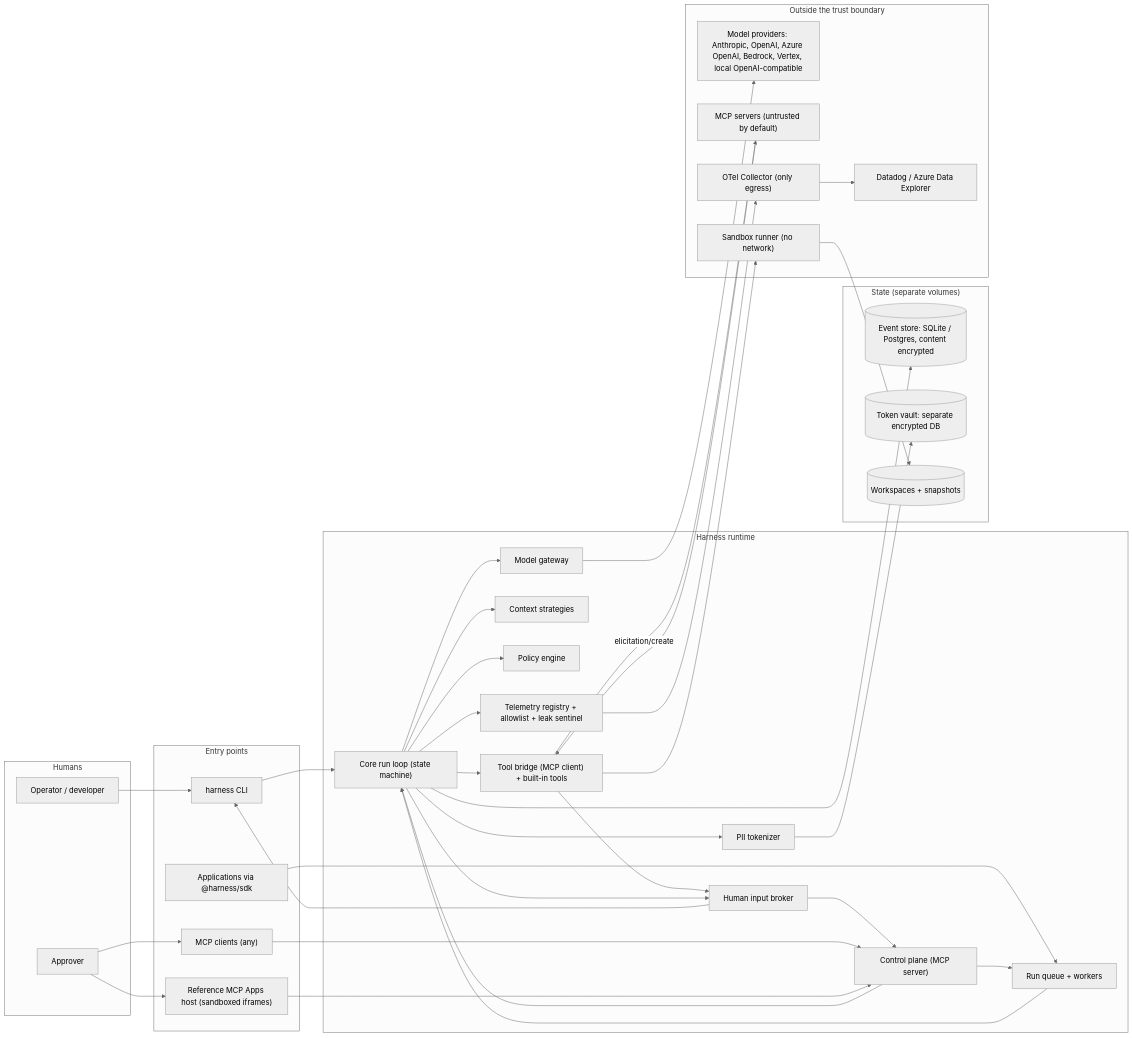
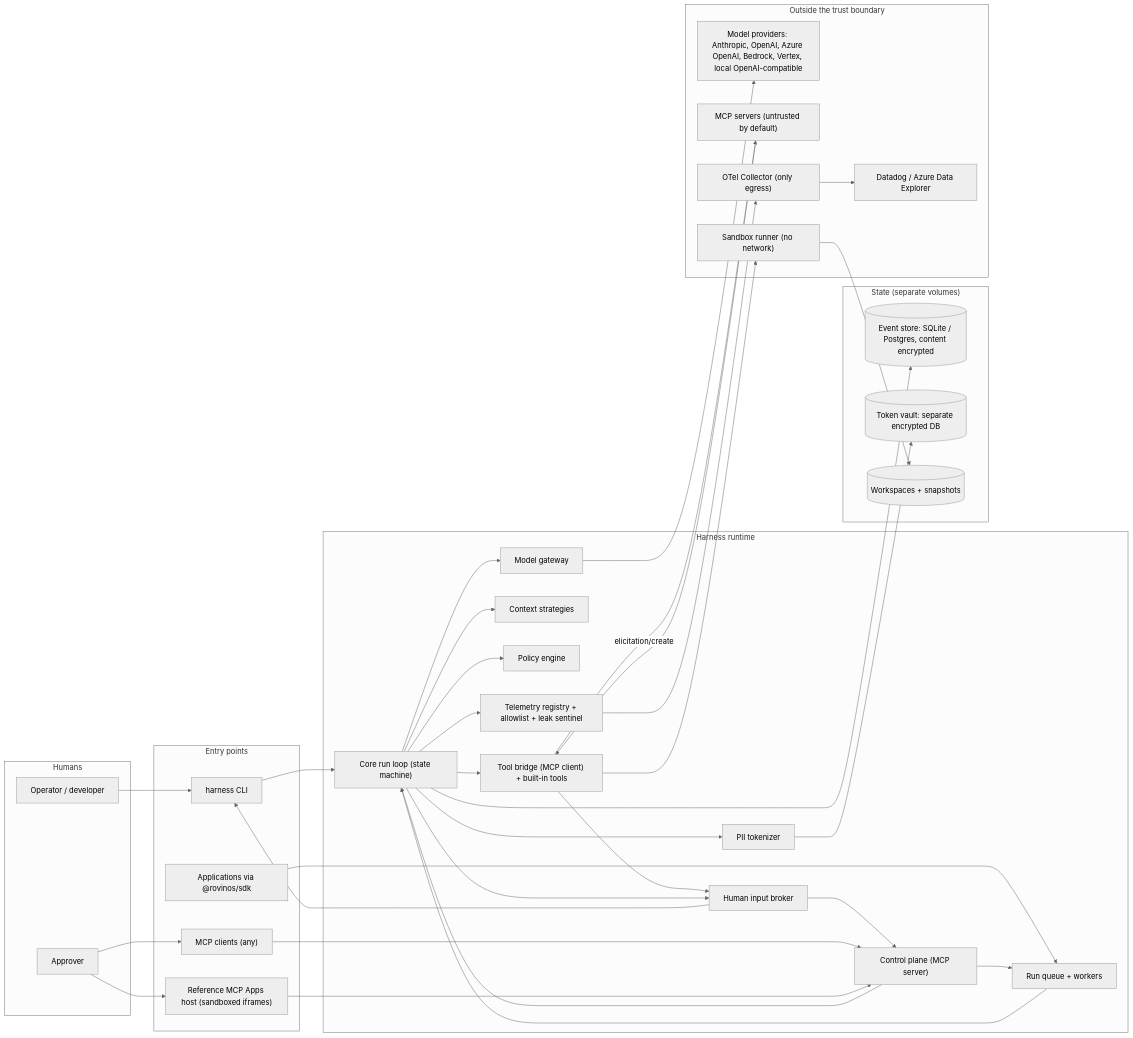
Before and after one commit to Rovinos-AI/rovinos-ai-harness: the first of 18 diagrams in README.md, drawn with Mermaid (neutral theme). The commit also changed other lines of this file and 852 other files, not shown here.

````diff
--- a/README.md
+++ b/README.md
@@ -80,71 +80,71 @@
 ```mermaid
 flowchart LR
   subgraph People["Humans"]
     OP["Operator / developer"]
     AP["Approver"]
   end
 
   subgraph Clients["Entry points"]
     CLI["harness CLI"]
-    SDKC["Applications via @harness/sdk"]
+    SDKC["Applications via @rovinos/sdk"]
     MCPC["MCP clients (any)"]
     HOST["Reference MCP Apps host (sandboxed iframes)"]
   end
 
   subgraph Runtime["Harness runtime"]
     CP["Control plane (MCP server)"]
     Q["Run queue + workers"]
     HIB["Human input broker"]
     CORE["Core run loop (state machine)"]
     GW["Model gateway"]
     CTX["Context strategies"]
     POL["Policy engine"]
     PII["PII tokenizer"]
     TOOLS["Tool bridge (MCP client) + built-in tools"]
     TEL["Telemetry registry + allowlist + leak sentinel"]
   end
 
   subgraph Data["State (separate volumes)"]
     STORE[("Event store: SQLite / Postgres, content encrypted")]
     VAULT[("Token vault: separate encrypted DB")]
     WS[("Workspaces + snapshots")]
   end
 
   subgraph External["Outside the trust boundary"]
     LLM["Model providers: Anthropic, OpenAI, Azure OpenAI, Bedrock, Vertex, local OpenAI-compatible"]
     SRV["MCP servers (untrusted by default)"]
     SBX["Sandbox runner (no network)"]
     COL["OTel Collector (only egress)"]
     BK["Datadog / Azure Data Explorer"]
   end
 
   OP --> CLI
   AP --> HOST
   AP --> MCPC
   CLI --> CORE
   SDKC --> Q
   CP --> Q
   Q --> CORE
   SRV -- "elicitation/create" --> TOOLS
   TOOLS --> HIB
   CORE --> HIB
   HIB --> CP
   HIB --> CLI
   MCPC --> CP
   HOST --> CP
   CP --> CORE
   CORE --> CTX
   CORE --> GW
   CORE --> POL
   CORE --> PII
   PII --> VAULT
   CORE --> TOOLS
   CORE --> STORE
   GW --> LLM
   TOOLS --> SRV
   TOOLS --> SBX
   SBX --> WS
   CORE --> TEL
   TEL --> COL
   COL --> BK
 ```
````
